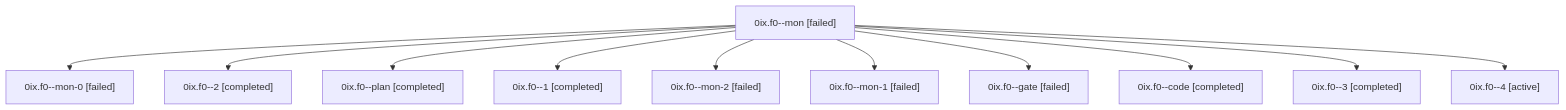
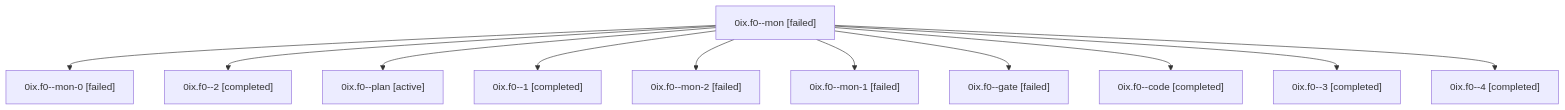
Before and after one commit to sase-org/sase--agents: the diagram in families/bbugyi200.athena.0ix.f0.md, drawn with Mermaid. The commit also changed other lines of this file and 35830 other files, not shown here.

````diff
--- a/families/bbugyi200.athena.0ix.f0.md
+++ b/families/bbugyi200.athena.0ix.f0.md
@@ -9,24 +9,24 @@
 ```mermaid
 flowchart TD
   n0["0ix.f0--mon [failed]"]
   n1["0ix.f0--mon-0 [failed]"]
   n0 --> n1
   n2["0ix.f0--2 [completed]"]
   n0 --> n2
-  n3["0ix.f0--plan [completed]"]
+  n3["0ix.f0--plan [active]"]
   n0 --> n3
   n4["0ix.f0--1 [completed]"]
   n0 --> n4
   n5["0ix.f0--mon-2 [failed]"]
   n0 --> n5
   n6["0ix.f0--mon-1 [failed]"]
   n0 --> n6
   n7["0ix.f0--gate [failed]"]
   n0 --> n7
   n8["0ix.f0--code [completed]"]
   n0 --> n8
   n9["0ix.f0--3 [completed]"]
   n0 --> n9
-  n10["0ix.f0--4 [active]"]
+  n10["0ix.f0--4 [completed]"]
   n0 --> n10
 ```
````
